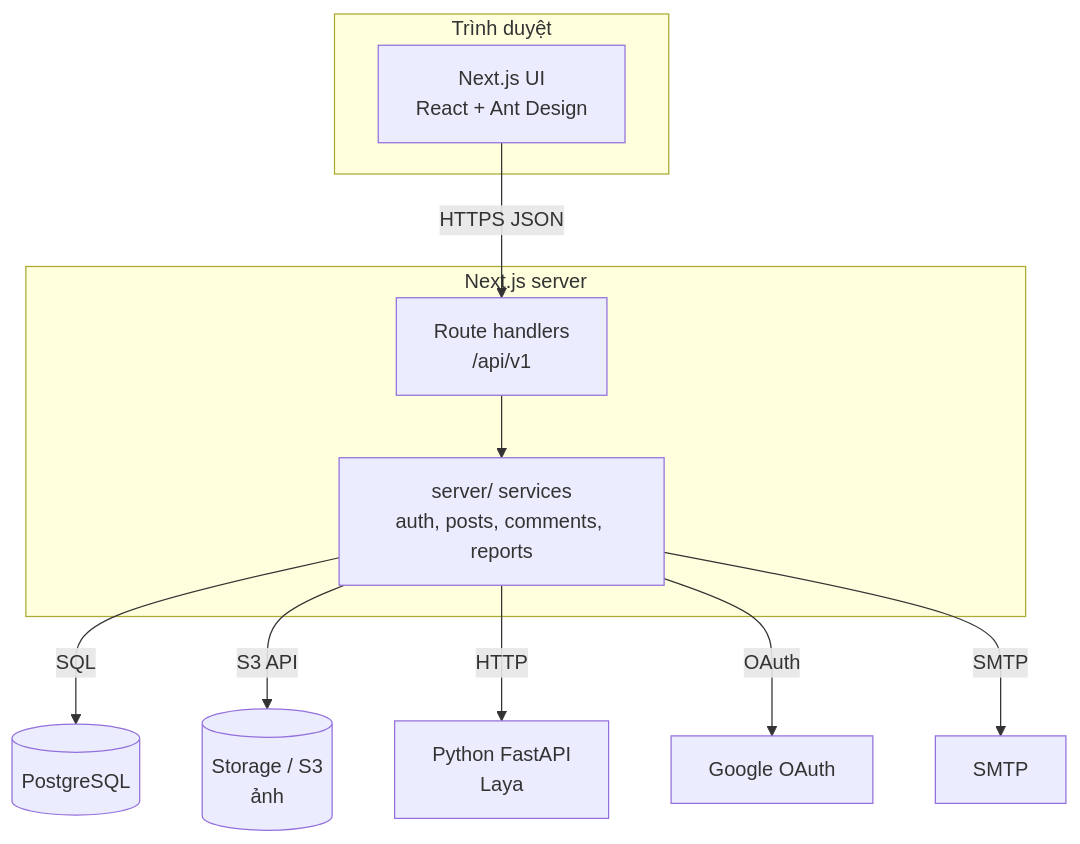
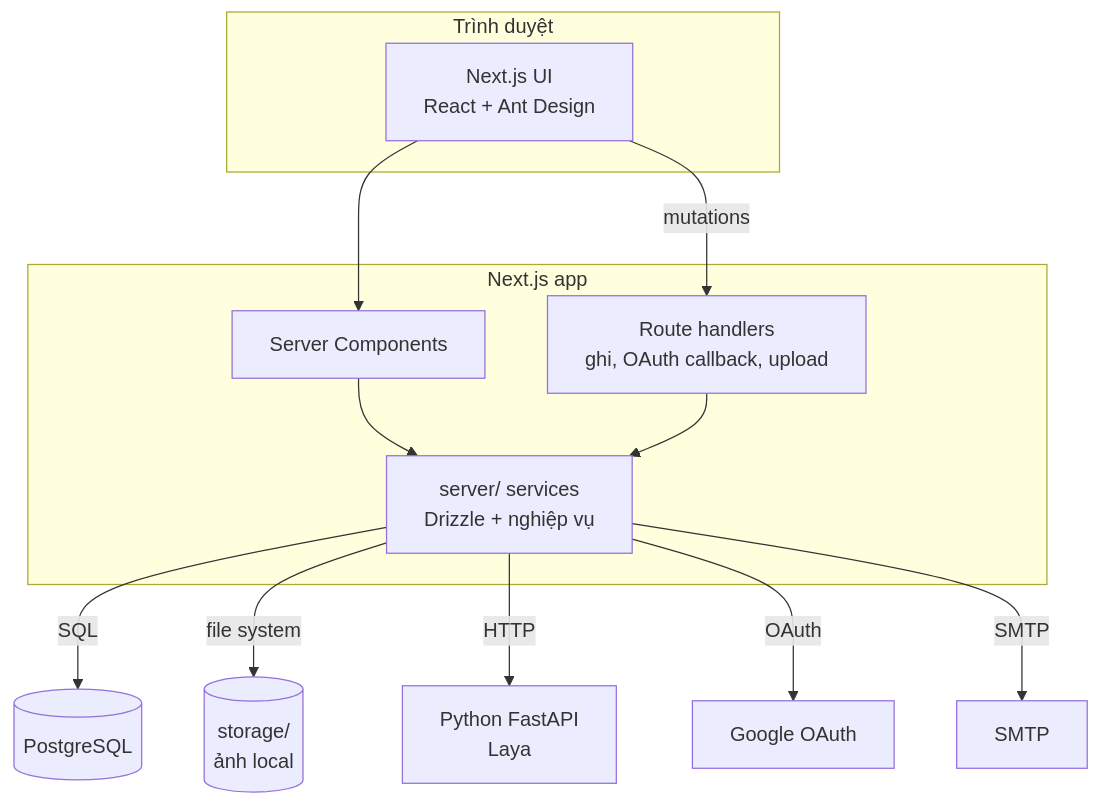
One commit to Smokiestfox/sivi-app changed the second of 8 diagrams in docs/diagrams.md. Above: the diagram before and after it, drawn with Mermaid. The commit also changed other lines of this file and 31 other files, not shown here.

````diff
--- a/docs/diagrams.md
+++ b/docs/diagrams.md
@@ -45,25 +45,28 @@
-~~~mermaid
+```mermaid
 flowchart TB
     subgraph CLIENT["Trình duyệt"]
         UI["Next.js UI<br/>React + Ant Design"]
     end
 
-    subgraph APP["Next.js server"]
-        API["Route handlers<br/>/api/v1"]
-        SERVICE["server/ services<br/>auth, posts, comments, reports"]
+    subgraph APP["Next.js app"]
+        PAGE["Server Components"]
+        ROUTES["Route handlers<br/>ghi, OAuth callback, upload"]
+        SERVICE["server/ services<br/>Drizzle + nghiệp vụ"]
     end
 
     DB[("PostgreSQL")]
-    STORAGE[("Storage / S3<br/>ảnh")]
+    STORAGE[("storage/<br/>ảnh local")]
     AI["Python FastAPI<br/>Laya"]
     GOOGLE["Google OAuth"]
     SMTP["SMTP"]
 
-    UI -->|HTTPS JSON| API
-    API --> SERVICE
+    UI --> PAGE
+    UI -->|mutations| ROUTES
+    PAGE --> SERVICE
+    ROUTES --> SERVICE
     SERVICE -->|SQL| DB
-    SERVICE -->|S3 API| STORAGE
+    SERVICE -->|file system| STORAGE
     SERVICE -->|HTTP| AI
     SERVICE -->|OAuth| GOOGLE
     SERVICE -->|SMTP| SMTP
-~~~
+```
````
